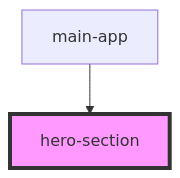
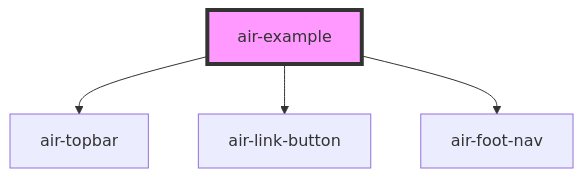
The diagram in src/components/example/readme.md (openwebstudio/AirUI), drawn with Mermaid before and after one commit. The commit also changed other lines of this file and 6 other files, not shown here.

````diff
--- a/src/components/example/readme.md
+++ b/src/components/example/readme.md
@@ -15,5 +17,7 @@
 ```mermaid
 graph TD;
-  main-app --> hero-section
-  style hero-section fill:#f9f,stroke:#333,stroke-width:4px
+  air-example --> air-topbar
+  air-example --> air-link-button
+  air-example --> air-foot-nav
+  style air-example fill:#f9f,stroke:#333,stroke-width:4px
 ```
````
